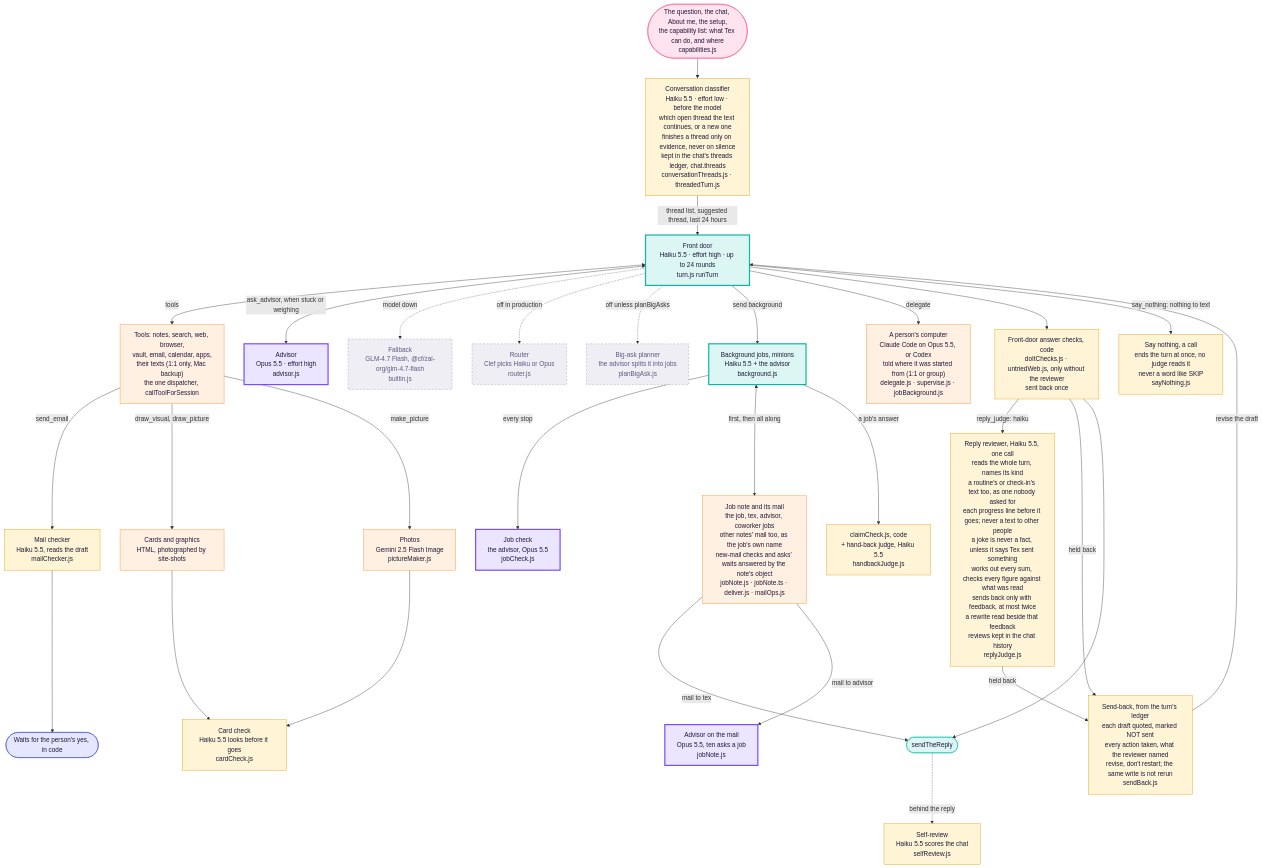
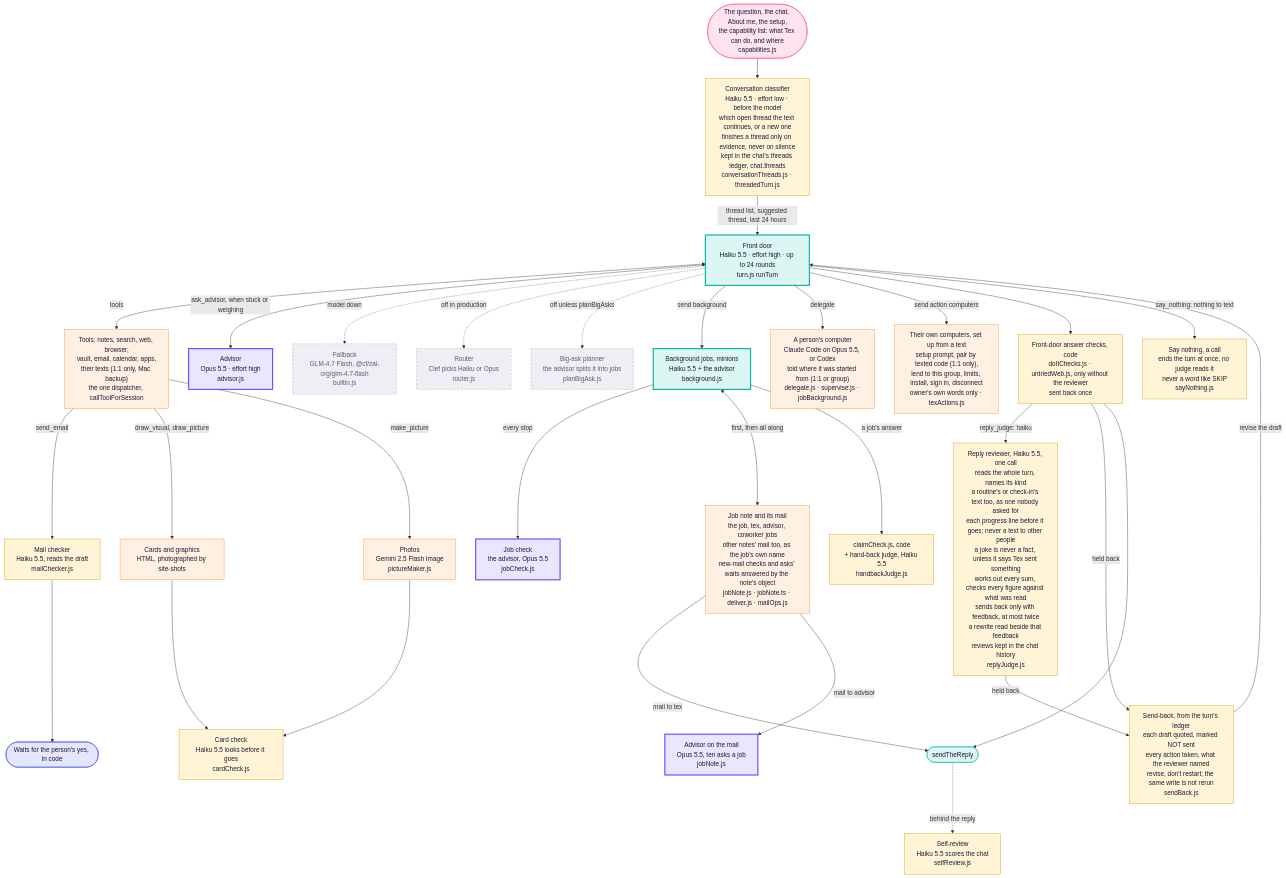
Before and after one commit to Supa-Media/context: the third of 3 diagrams in docs/architecture/tex.md, drawn with Mermaid. The commit also changed other lines of this file and 21 other files, not shown here.

First line of the commit message:
Tex sets up a person's computers from a text, instead of sending them to buttons (#3121)

````diff
--- a/docs/architecture/tex.md
+++ b/docs/architecture/tex.md
@@ -112,45 +112,46 @@
 ```mermaid
 flowchart TB
   Q([The question, the chat, About me, the setup,<br/>the capability list: what Tex can do, and where<br/>capabilities.js]):::you --> CL
   CL["Conversation classifier<br/>Haiku 5.5 · effort low · before the model<br/>which open thread the text continues, or a new one<br/>finishes a thread only on evidence, never on silence<br/>kept in the chat's threads ledger, chat.threads<br/>conversationThreads.js · threadedTurn.js"]:::judge
   CL -->|thread list, suggested thread, last 24 hours| FD
   FD["Front door<br/>Haiku 5.5 · effort high · up to 24 rounds<br/>turn.js runTurn"]:::haiku
   FD <-->|tools| T["Tools: notes, search, web, browser,<br/>vault, email, calendar, apps,<br/>their texts (1:1 only, Mac backup)<br/>the one dispatcher, callToolForSession"]:::tool
   FD <-->|ask_advisor, when stuck or weighing| ADV["Advisor<br/>Opus 5.5 · effort high<br/>advisor.js"]:::opus
   FD -. model down .-> FB["Fallback<br/>GLM-4.7 Flash, @cf/zai-org/glm-4.7-flash<br/>builtin.js"]:::off
   FD -. off in production .-> RT["Router<br/>Clef picks Haiku or Opus<br/>router.js"]:::off
   FD -. off unless planBigAsks .-> PL["Big-ask planner<br/>the advisor splits it into jobs<br/>planBigAsk.js"]:::off
 
   FD -->|send background| JOB["Background jobs, minions<br/>Haiku 5.5 + the advisor<br/>background.js"]:::haiku
   JOB -->|every stop| JC["Job check<br/>the advisor, Opus 5.5<br/>jobCheck.js"]:::opus
   JOB <-->|first, then all along| JN["Job note and its mail<br/>the job, tex, advisor, coworker jobs<br/>other notes' mail too, as the job's own name<br/>new-mail checks and asks' waits answered by the note's object<br/>jobNote.js · jobNote.ts · deliver.js · mailOps.js"]:::tool
   JN -->|mail to tex| SEND
   JN -->|mail to advisor| JNA["Advisor on the mail<br/>Opus 5.5, ten asks a job<br/>jobNote.js"]:::opus
   JOB -->|a job's answer| JCK["claimCheck.js, code<br/>+ hand-back judge, Haiku 5.5<br/>handbackJudge.js"]:::judge
   FD -->|delegate| DL["A person's computer<br/>Claude Code on Opus 5.5, or Codex<br/>told where it was started from (1:1 or group)<br/>delegate.js · supervise.js · jobBackground.js"]:::tool
+  FD -->|send action computers| CS["Their own computers, set up from a text<br/>setup prompt, pair by texted code (1:1 only),<br/>lend to this group, limits, install, sign in, disconnect<br/>owner's own words only · texActions.js"]:::tool
 
   T -->|send_email| MC["Mail checker<br/>Haiku 5.5, reads the draft<br/>mailChecker.js"]:::judge
   MC --> YES([Waits for the person's yes, in code]):::rail
   T -->|draw_visual, draw_picture| PIC["Cards and graphics<br/>HTML, photographed by site-shots"]:::tool
   T -->|make_picture| IMG["Photos<br/>Gemini 2.5 Flash Image<br/>pictureMaker.js"]:::tool
   PIC --> CC["Card check<br/>Haiku 5.5 looks before it goes<br/>cardCheck.js"]:::judge
   IMG --> CC
 
   FD --> CHK["Front-door answer checks, code<br/>doItChecks.js · untriedWeb.js, only without the reviewer<br/>sent back once"]:::judge
   FD -->|say_nothing: nothing to text| QT["Say nothing, a call<br/>ends the turn at once, no judge reads it<br/>never a word like SKIP<br/>sayNothing.js"]:::judge
   CHK -->|reply_judge: haiku| RJ["Reply reviewer, Haiku 5.5, one call<br/>reads the whole turn, names its kind<br/>a routine's or check-in's text too, as one nobody asked for<br/>each progress line before it goes; never a text to other people<br/>a joke is never a fact, unless it says Tex sent something<br/>works out every sum, checks every figure against what was read<br/>sends back only with feedback, at most twice<br/>a rewrite read beside that feedback<br/>reviews kept in the chat history<br/>replyJudge.js"]:::judge
   CHK -->|held back| SB["Send-back, from the turn's ledger<br/>each draft quoted, marked NOT sent<br/>every action taken, what the reviewer named<br/>revise, don't restart; the same write is not rerun<br/>sendBack.js"]:::judge
   RJ -->|held back| SB
   SB -->|revise the draft| FD
   CHK --> SEND([sendTheReply]):::door
   SEND -. behind the reply .-> SR["Self-review<br/>Haiku 5.5 scores the chat<br/>selfReview.js"]:::judge
 
   classDef you fill:#ffe3ee,stroke:#ff4f8b,color:#1d1838
   classDef haiku fill:#dcf7f3,stroke:#11b5a4,stroke-width:3px,color:#1d1838
   classDef opus fill:#ece5ff,stroke:#7b4dff,stroke-width:3px,color:#1d1838
   classDef judge fill:#fff5d6,stroke:#e09a00,color:#1d1838
   classDef tool fill:#fff0e2,stroke:#ff8a2a,color:#1d1838
   classDef rail fill:#e4e7ff,stroke:#3c4bd6,color:#1d1838
   classDef door fill:#dcf7f3,stroke:#11b5a4,color:#1d1838
   classDef off fill:#efeef4,stroke:#9a97b0,stroke-dasharray:5 4,color:#5d5880
 ```
````
